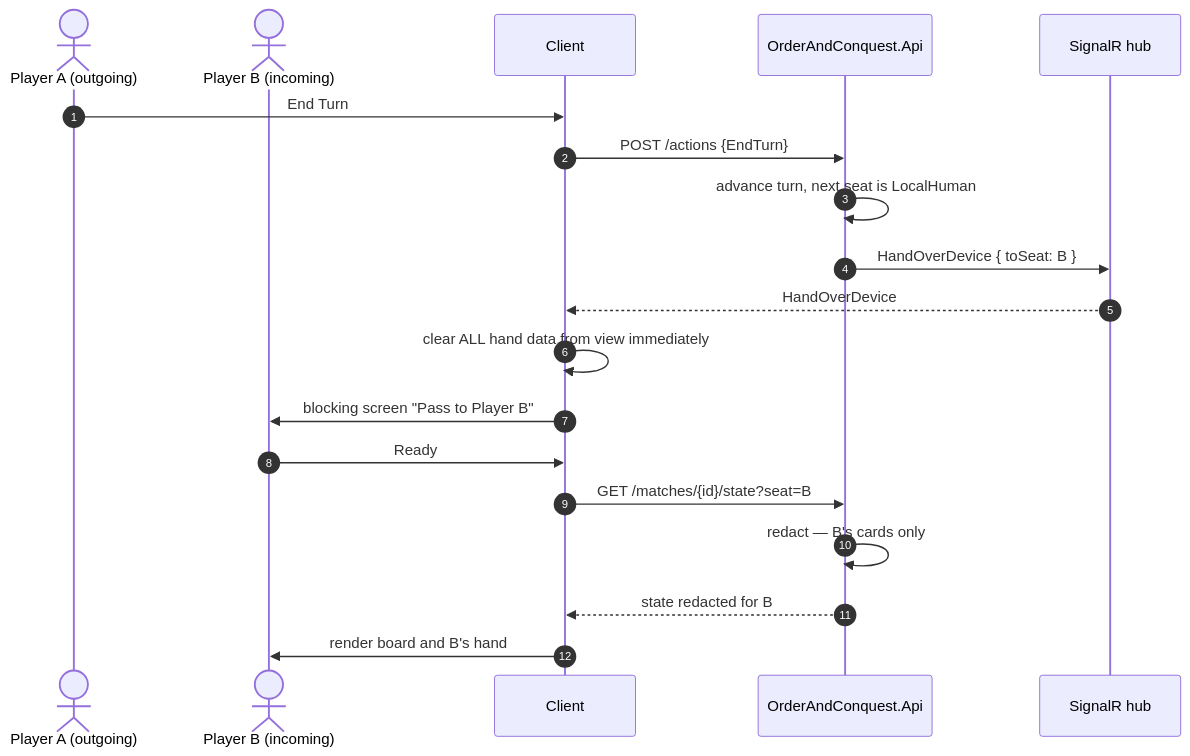
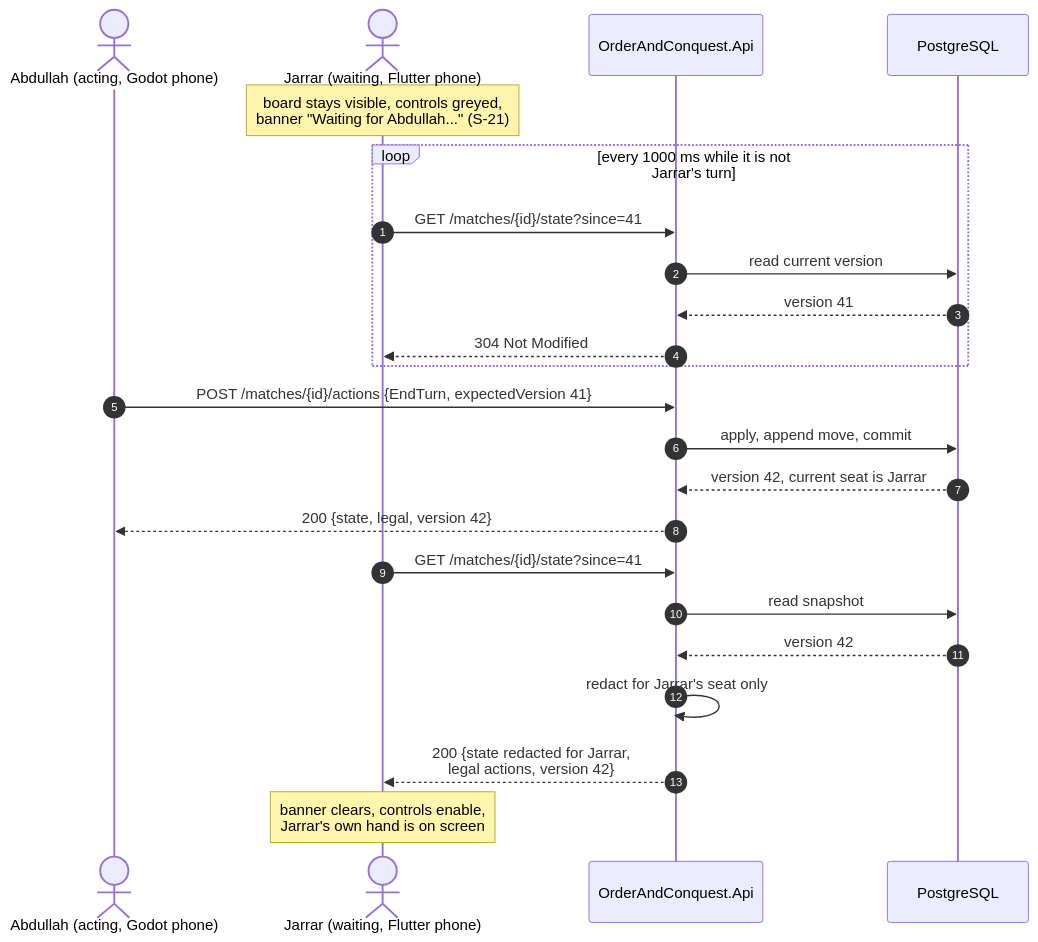
The ninth of 14 diagrams in docs/04-system-analysis.md (MujtabaNite/Order_And_Conquest), drawn with Mermaid before and after one commit. The commit also changed other lines of this file and 9 other files, not shown here.

````diff
--- a/docs/04-system-analysis.md
+++ b/docs/04-system-analysis.md
@@ -806,22 +1003,29 @@
 ```mermaid
 sequenceDiagram
     autonumber
-    actor P1 as Player A (outgoing)
-    actor P2 as Player B (incoming)
-    participant C as Client
+    actor A as Abdullah (acting, Godot phone)
+    actor J as Jarrar (waiting, Flutter phone)
     participant API as OrderAndConquest.Api
-    participant Hub as SignalR hub
+    participant DB as PostgreSQL
 
-    P1->>C: End Turn
-    C->>API: POST /actions {EndTurn}
-    API->>API: advance turn, next seat is LocalHuman
-    API->>Hub: HandOverDevice { toSeat: B }
-    Hub-->>C: HandOverDevice
-    C->>C: clear ALL hand data from view immediately
-    C->>P2: blocking screen "Pass to Player B"
-    P2->>C: Ready
-    C->>API: GET /matches/{id}/state?seat=B
-    API->>API: redact — B's cards only
-    API-->>C: state redacted for B
-    C->>P2: render board and B's hand
+    note over J: board stays visible, controls greyed,<br/>banner "Waiting for Abdullah..." (S-21)
+
+    loop every 1000 ms while it is not Jarrar's turn
+        J->>API: GET /matches/{id}/state?since=41
+        API->>DB: read current version
+        DB-->>API: version 41
+        API-->>J: 304 Not Modified
+    end
+
+    A->>API: POST /matches/{id}/actions {EndTurn, expectedVersion 41}
+    API->>DB: apply, append move, commit
+    DB-->>API: version 42, current seat is Jarrar
+    API-->>A: 200 {state, legal, version 42}
+
+    J->>API: GET /matches/{id}/state?since=41
+    API->>DB: read snapshot
+    DB-->>API: version 42
+    API->>API: redact for Jarrar's seat only
+    API-->>J: 200 {state redacted for Jarrar,<br/>legal actions, version 42}
+    note over J: banner clears, controls enable,<br/>Jarrar's own hand is on screen
 ```
````
